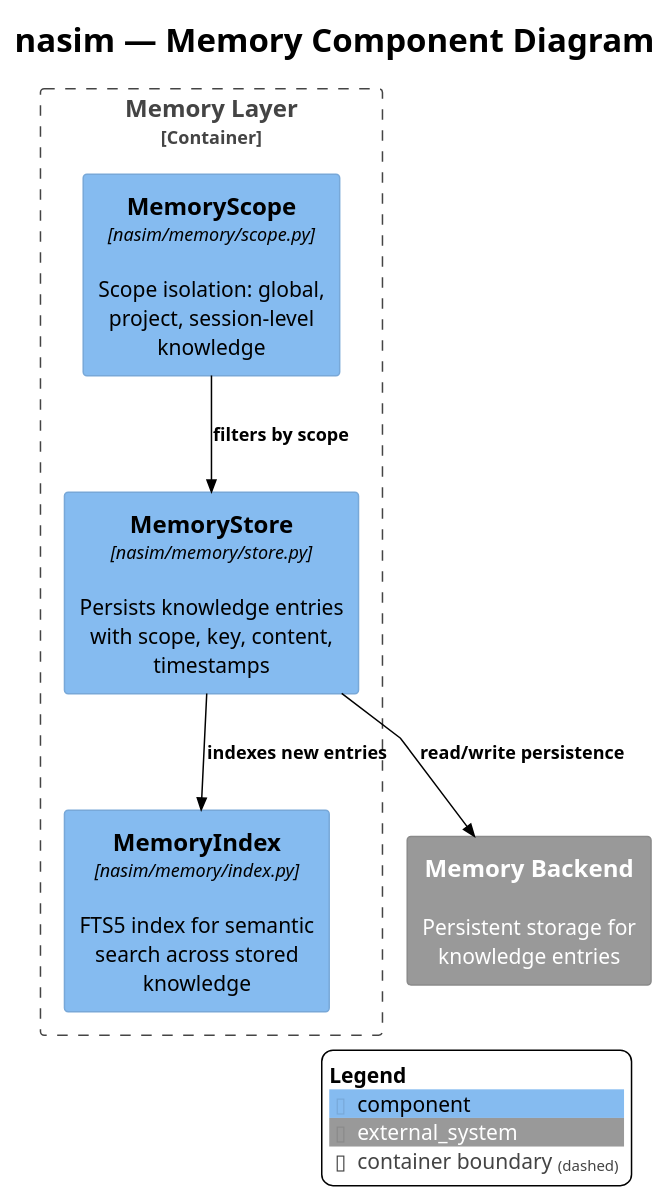
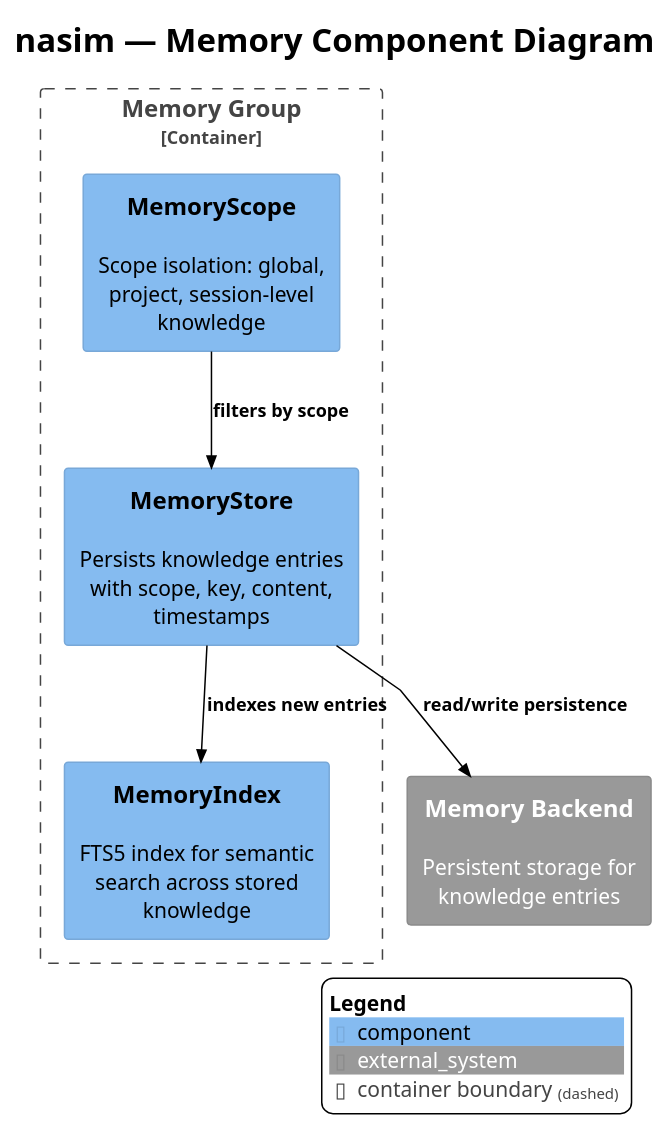
The diagram in docs/C4/c4_nasim_component_memory.puml (salimnamvar/nasim), drawn with PlantUML before and after one commit. The commit also changed 22 other files, not shown here.

First line of the commit message:
refactor: Normalize C4 architecture and enhance component diagrams

```diff
--- a/docs/C4/c4_nasim_component_memory.puml
+++ b/docs/C4/c4_nasim_component_memory.puml
@@ -1,29 +1,29 @@
 !include https://raw.githubusercontent.com/plantuml-stdlib/C4-PlantUML/v2.10.0/C4_Component.puml
 !theme plain
 skinparam linetype polyline
 
 ' ============================================================
 ' Title:     nasim — Memory Component Diagram
-' Boundary:  nasim code agent memory layer
+' Boundary:  nasim core library — Memory group
 ' Purpose:   Cross-session knowledge persistence and retrieval
 ' Milestone: v1.0
-' Version:   1.0.0
-' Source:    docs/audit/audit.2026.06.20.comprehensive.reference.audit.md
+' Version:   5.0.0
+' Source:    docs/prompt/p1.md — corrective architecture review
 ' Review:    docs/audit/audit.2026.06.20.comprehensive.reference.audit.md
 ' ============================================================
 
 title nasim — Memory Component Diagram
 
-Container_Boundary(memory_boundary, "Memory Layer") {
-    Component(memory_store, "MemoryStore", "nasim/memory/store.py", "Persists knowledge entries with scope, key, content, timestamps")
-    Component(memory_index, "MemoryIndex", "nasim/memory/index.py", "FTS5 index for semantic search across stored knowledge")
-    Component(memory_scope, "MemoryScope", "nasim/memory/scope.py", "Scope isolation: global, project, session-level knowledge")
+Container_Boundary(memory_boundary, "Memory Group") {
+    Component(memory_store, "MemoryStore", "", "Persists knowledge entries with scope, key, content, timestamps")
+    Component(memory_index, "MemoryIndex", "", "FTS5 index for semantic search across stored knowledge")
+    Component(memory_scope, "MemoryScope", "", "Scope isolation: global, project, session-level knowledge")
 }
 
 System_Ext(memory_backend, "Memory Backend", "Persistent storage for knowledge entries")
 
 Rel(memory_store, memory_index, "indexes new entries")
 Rel(memory_store, memory_backend, "read/write persistence")
 Rel(memory_scope, memory_store, "filters by scope")
 
 SHOW_LEGEND()
```
